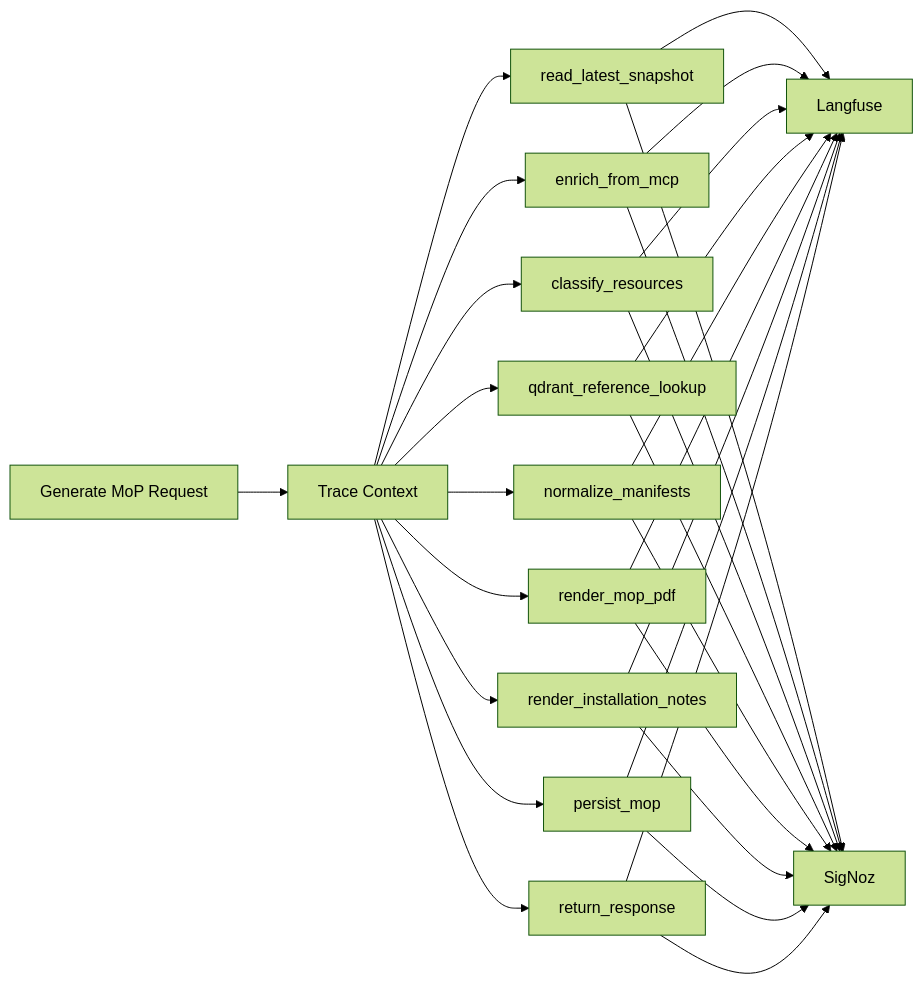
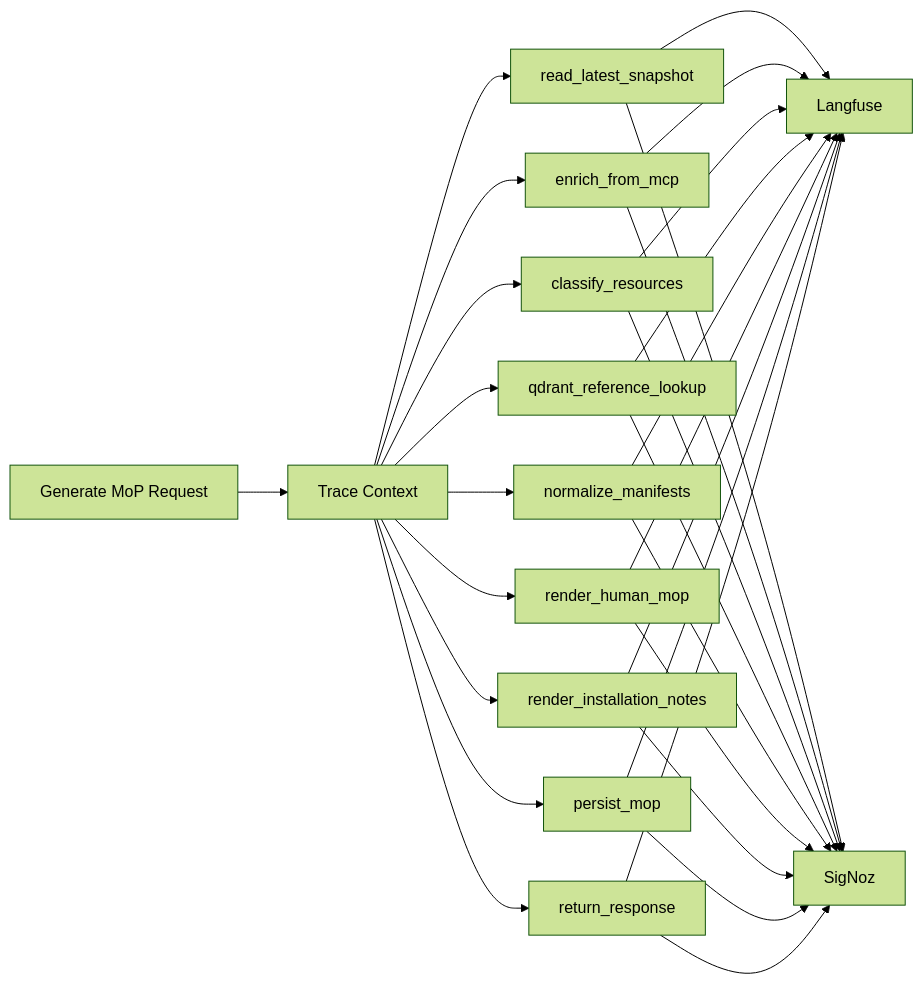
The fifth of 5 diagrams in docs/02_HLD_MOP_CREATION_AGENT.md (aveeshek/bosgenesis-mop-creation-agent), drawn with Mermaid (forest theme) before and after one commit. The commit also changed other lines of this file and 27 other files, not shown here.

````diff
--- a/docs/02_HLD_MOP_CREATION_AGENT.md
+++ b/docs/02_HLD_MOP_CREATION_AGENT.md
@@ -204,33 +204,33 @@
 ```mermaid
 flowchart LR
     Request["Generate MoP Request"] --> Trace["Trace Context"]
     Trace --> S1["read_latest_snapshot"]
     Trace --> S2["enrich_from_mcp"]
     Trace --> S3["classify_resources"]
     Trace --> S3b["qdrant_reference_lookup"]
     Trace --> S4["normalize_manifests"]
-    Trace --> S5["render_mop_pdf"]
+    Trace --> S5["render_human_mop"]
     Trace --> S5b["render_installation_notes"]
     Trace --> S6["persist_mop"]
     Trace --> S7["return_response"]
 
     S1 --> LF["Langfuse"]
     S2 --> LF
     S3 --> LF
     S3b --> LF
     S4 --> LF
     S5 --> LF
     S5b --> LF
     S6 --> LF
     S7 --> LF
 
     S1 --> SZ["SigNoz"]
     S2 --> SZ
     S3 --> SZ
     S3b --> SZ
     S4 --> SZ
     S5 --> SZ
     S5b --> SZ
     S6 --> SZ
     S7 --> SZ
 ```
````
